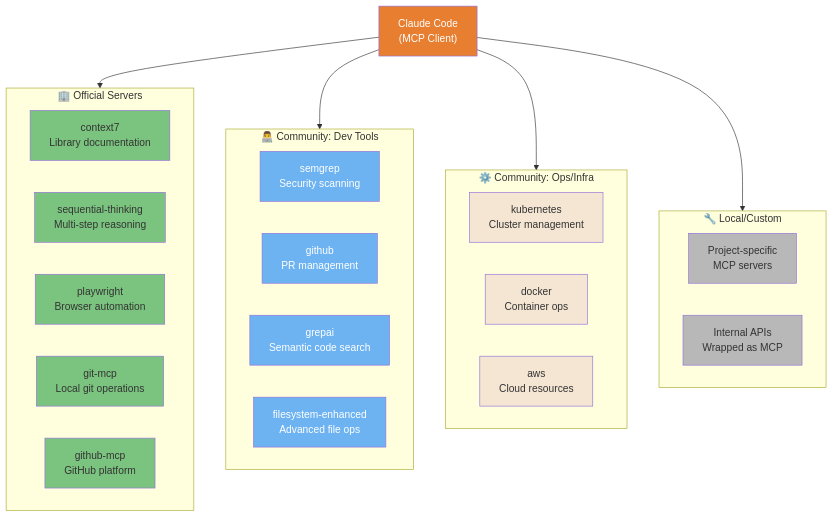
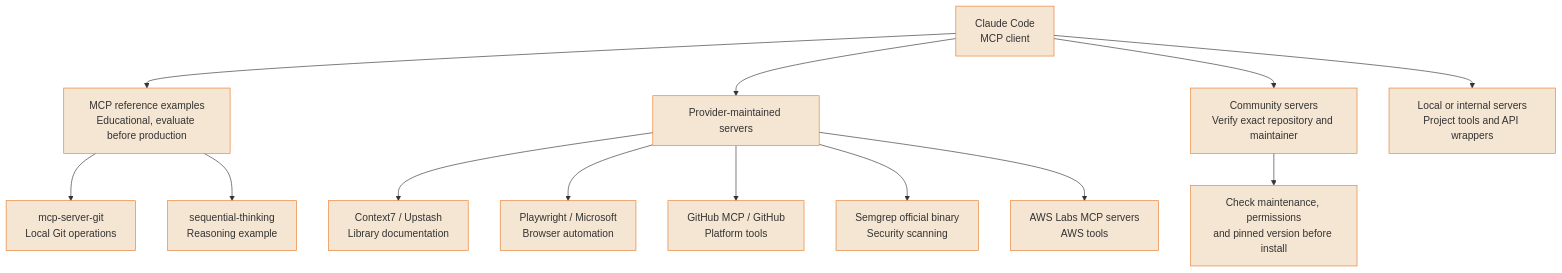
One commit to FlorianBruniaux/claude-code-ultimate-guide changed the first of 4 diagrams in guide/diagrams/05-mcp-ecosystem.md. Above: the diagram before and after it, drawn with Mermaid. The commit also changed other lines of this file and 17 other files, not shown here.

Commit message:
docs: refresh all diagrams and correct their source guidance

````diff
--- a/guide/diagrams/05-mcp-ecosystem.md
+++ b/guide/diagrams/05-mcp-ecosystem.md
@@ -17,65 +17,29 @@
 ```mermaid
 flowchart TD
-    CC["Claude Code<br/>(MCP Client)"] --> OFF
-    CC --> DEV
-    CC --> OPS
-    CC --> LOCAL
-
-    subgraph OFF["🏢 Official Servers"]
-        O1["context7<br/>Library documentation"]
-        O2["sequential-thinking<br/>Multi-step reasoning"]
-        O3["playwright<br/>Browser automation"]
-        O4["git-mcp<br/>Local git operations"]
-        O5["github-mcp<br/>GitHub platform"]
-    end
-
-    subgraph DEV["👨‍💻 Community: Dev Tools"]
-        D1["semgrep<br/>Security scanning"]
-        D2["github<br/>PR management"]
-        D3["grepai<br/>Semantic code search"]
-        D4["filesystem-enhanced<br/>Advanced file ops"]
-    end
-
-    subgraph OPS["⚙️ Community: Ops/Infra"]
-        OP1["kubernetes<br/>Cluster management"]
-        OP2["docker<br/>Container ops"]
-        OP3["aws<br/>Cloud resources"]
-    end
-
-    subgraph LOCAL["🔧 Local/Custom"]
-        L1["Project-specific<br/>MCP servers"]
-        L2["Internal APIs<br/>Wrapped as MCP"]
-    end
-
-    style CC fill:#E87E2F,color:#fff
-    style O1 fill:#7BC47F,color:#333
-    style O2 fill:#7BC47F,color:#333
-    style O3 fill:#7BC47F,color:#333
-    style O4 fill:#7BC47F,color:#333
-    style O5 fill:#7BC47F,color:#333
-    style D1 fill:#6DB3F2,color:#fff
-    style D2 fill:#6DB3F2,color:#fff
-    style D3 fill:#6DB3F2,color:#fff
-    style D4 fill:#6DB3F2,color:#fff
-    style OP1 fill:#F5E6D3,color:#333
-    style OP2 fill:#F5E6D3,color:#333
-    style OP3 fill:#F5E6D3,color:#333
-    style L1 fill:#B8B8B8,color:#333
-    style L2 fill:#B8B8B8,color:#333
-
-    click CC href "https://github.com/FlorianBruniaux/claude-code-ultimate-guide/blob/main/guide/ultimate-guide.md#81-what-is-mcp" "Claude Code — MCP Client"
-    click O1 href "https://github.com/FlorianBruniaux/claude-code-ultimate-guide/blob/main/guide/ultimate-guide.md#82-available-servers" "context7 — Library docs"
-    click O2 href "https://github.com/FlorianBruniaux/claude-code-ultimate-guide/blob/main/guide/ultimate-guide.md#82-available-servers" "sequential-thinking"
-    click O3 href "https://github.com/FlorianBruniaux/claude-code-ultimate-guide/blob/main/guide/ultimate-guide.md#82-available-servers" "playwright — Browser automation"
-    click O4 href "https://github.com/FlorianBruniaux/claude-code-ultimate-guide/blob/main/guide/ultimate-guide.md#82-available-servers" "git-mcp — Local git operations"
-    click O5 href "https://github.com/FlorianBruniaux/claude-code-ultimate-guide/blob/main/guide/ultimate-guide.md#82-available-servers" "github-mcp — GitHub platform"
-    click D1 href "https://github.com/FlorianBruniaux/claude-code-ultimate-guide/blob/main/guide/ultimate-guide.md#82-available-servers" "semgrep — Security scanning"
-    click D2 href "https://github.com/FlorianBruniaux/claude-code-ultimate-guide/blob/main/guide/ultimate-guide.md#82-available-servers" "github — PR management"
-    click D3 href "https://github.com/FlorianBruniaux/claude-code-ultimate-guide/blob/main/guide/ultimate-guide.md#82-available-servers" "grepai — Semantic search"
-    click D4 href "https://github.com/FlorianBruniaux/claude-code-ultimate-guide/blob/main/guide/ultimate-guide.md#82-available-servers" "filesystem-enhanced"
-    click OP1 href "https://github.com/FlorianBruniaux/claude-code-ultimate-guide/blob/main/guide/ultimate-guide.md#82-available-servers" "kubernetes"
-    click OP2 href "https://github.com/FlorianBruniaux/claude-code-ultimate-guide/blob/main/guide/ultimate-guide.md#82-available-servers" "docker"
-    click OP3 href "https://github.com/FlorianBruniaux/claude-code-ultimate-guide/blob/main/guide/ultimate-guide.md#82-available-servers" "aws"
-    click L1 href "https://github.com/FlorianBruniaux/claude-code-ultimate-guide/blob/main/guide/ultimate-guide.md#83-configuration" "Project-specific MCP servers"
-    click L2 href "https://github.com/FlorianBruniaux/claude-code-ultimate-guide/blob/main/guide/ultimate-guide.md#83-configuration" "Internal APIs as MCP"
+    CC["Claude Code<br/>MCP client"] --> REF["MCP reference examples<br/>Educational, evaluate before production"]
+    CC --> PROVIDER["Provider-maintained servers"]
+    CC --> COMMUNITY["Community servers<br/>Verify exact repository and maintainer"]
+    CC --> CUSTOM["Local or internal servers<br/>Project tools and API wrappers"]
+    REF --> GIT["mcp-server-git<br/>Local Git operations"]
+    REF --> THINK["sequential-thinking<br/>Reasoning example"]
+    PROVIDER --> CTX["Context7 / Upstash<br/>Library documentation"]
+    PROVIDER --> PLAY["Playwright / Microsoft<br/>Browser automation"]
+    PROVIDER --> GH["GitHub MCP / GitHub<br/>Platform tools"]
+    PROVIDER --> SEM["Semgrep official binary<br/>Security scanning"]
+    PROVIDER --> AWS["AWS Labs MCP servers<br/>AWS tools"]
+    COMMUNITY --> VET["Check maintenance, permissions<br/>and pinned version before install"]
+    classDef default fill:#F5E6D3,color:#333,stroke:#E87E2F
+    click CC href "https://github.com/FlorianBruniaux/claude-code-ultimate-guide/blob/main/guide/ecosystem/mcp-servers-ecosystem.md" "View this pattern in the guide"
+    click REF href "https://github.com/FlorianBruniaux/claude-code-ultimate-guide/blob/main/guide/ecosystem/mcp-servers-ecosystem.md" "View this pattern in the guide"
+    click PROVIDER href "https://github.com/FlorianBruniaux/claude-code-ultimate-guide/blob/main/guide/ecosystem/mcp-servers-ecosystem.md" "View this pattern in the guide"
+    click COMMUNITY href "https://github.com/FlorianBruniaux/claude-code-ultimate-guide/blob/main/guide/ecosystem/mcp-servers-ecosystem.md" "View this pattern in the guide"
+    click CUSTOM href "https://github.com/FlorianBruniaux/claude-code-ultimate-guide/blob/main/guide/ecosystem/mcp-servers-ecosystem.md" "View this pattern in the guide"
+    click GIT href "https://github.com/FlorianBruniaux/claude-code-ultimate-guide/blob/main/guide/ecosystem/mcp-servers-ecosystem.md" "View this pattern in the guide"
+    click THINK href "https://github.com/FlorianBruniaux/claude-code-ultimate-guide/blob/main/guide/ecosystem/mcp-servers-ecosystem.md" "View this pattern in the guide"
+    click CTX href "https://github.com/FlorianBruniaux/claude-code-ultimate-guide/blob/main/guide/ecosystem/mcp-servers-ecosystem.md" "View this pattern in the guide"
+    click PLAY href "https://github.com/FlorianBruniaux/claude-code-ultimate-guide/blob/main/guide/ecosystem/mcp-servers-ecosystem.md" "View this pattern in the guide"
+    click GH href "https://github.com/FlorianBruniaux/claude-code-ultimate-guide/blob/main/guide/ecosystem/mcp-servers-ecosystem.md" "View this pattern in the guide"
+    click SEM href "https://github.com/FlorianBruniaux/claude-code-ultimate-guide/blob/main/guide/ecosystem/mcp-servers-ecosystem.md" "View this pattern in the guide"
+    click AWS href "https://github.com/FlorianBruniaux/claude-code-ultimate-guide/blob/main/guide/ecosystem/mcp-servers-ecosystem.md" "View this pattern in the guide"
+    click VET href "https://github.com/FlorianBruniaux/claude-code-ultimate-guide/blob/main/guide/ecosystem/mcp-servers-ecosystem.md" "View this pattern in the guide"
 ```
````
